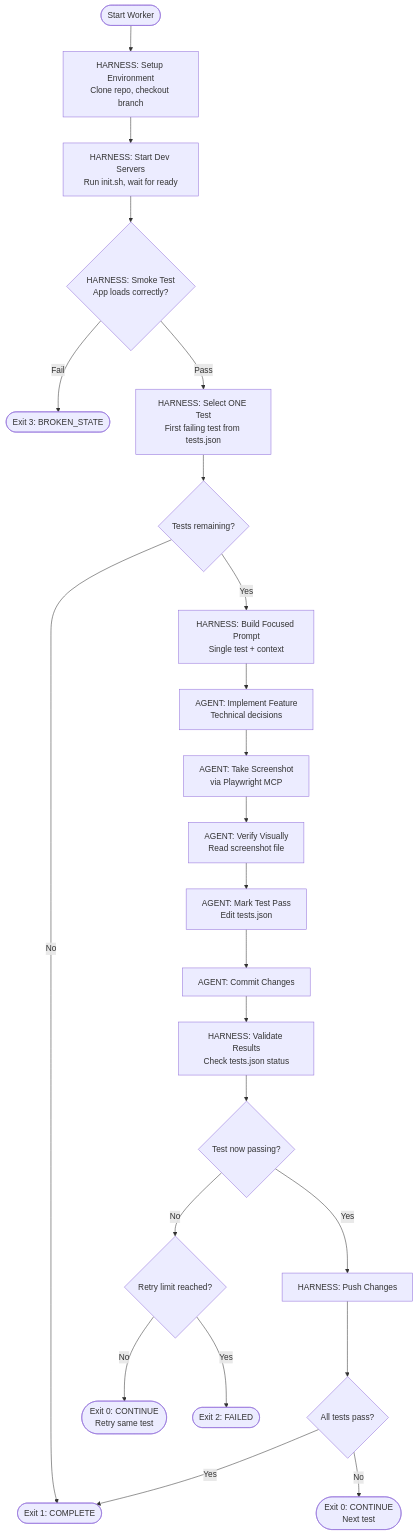
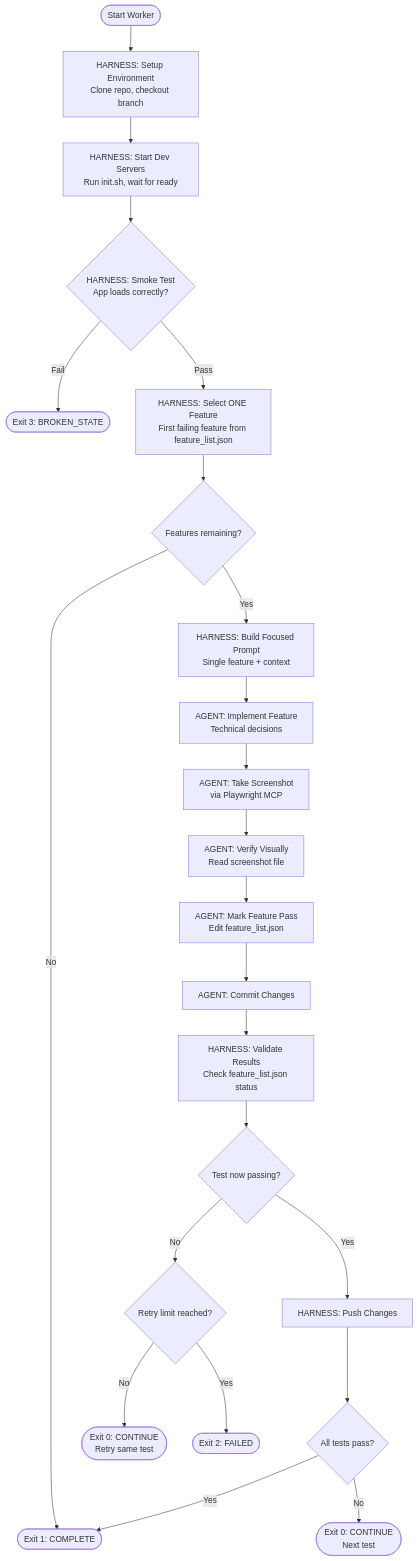
The eighth of 9 diagrams in README.md (jawhnycooke/riv2025-long-horizon-coding-agent-demo), drawn with Mermaid before and after one commit. The commit also changed other lines of this file and 7 other files, not shown here.

First line of the commit message:
fix: Address code review issues for feature_list.json migration

````diff
--- a/README.md
+++ b/README.md
@@ -362,31 +362,31 @@
 ```mermaid
 flowchart TD
     Start([Start Worker]) --> Setup["HARNESS: Setup Environment<br/>Clone repo, checkout branch"]
     Setup --> Servers["HARNESS: Start Dev Servers<br/>Run init.sh, wait for ready"]
     Servers --> Smoke{"HARNESS: Smoke Test<br/>App loads correctly?"}
 
     Smoke -->|Fail| BrokenState([Exit 3: BROKEN_STATE])
-    Smoke -->|Pass| SelectTest["HARNESS: Select ONE Test<br/>First failing test from tests.json"]
+    Smoke -->|Pass| SelectTest["HARNESS: Select ONE Feature<br/>First failing feature from feature_list.json"]
 
-    SelectTest --> AnyFailing{"Tests remaining?"}
+    SelectTest --> AnyFailing{"Features remaining?"}
     AnyFailing -->|No| Complete([Exit 1: COMPLETE])
-    AnyFailing -->|Yes| BuildPrompt["HARNESS: Build Focused Prompt<br/>Single test + context"]
+    AnyFailing -->|Yes| BuildPrompt["HARNESS: Build Focused Prompt<br/>Single feature + context"]
 
     BuildPrompt --> Agent["AGENT: Implement Feature<br/>Technical decisions"]
     Agent --> Screenshot["AGENT: Take Screenshot<br/>via Playwright MCP"]
     Screenshot --> Verify["AGENT: Verify Visually<br/>Read screenshot file"]
-    Verify --> MarkPass["AGENT: Mark Test Pass<br/>Edit tests.json"]
+    Verify --> MarkPass["AGENT: Mark Feature Pass<br/>Edit feature_list.json"]
     MarkPass --> Commit["AGENT: Commit Changes"]
 
-    Commit --> Validate["HARNESS: Validate Results<br/>Check tests.json status"]
+    Commit --> Validate["HARNESS: Validate Results<br/>Check feature_list.json status"]
     Validate --> TestPassed{"Test now passing?"}
 
     TestPassed -->|No| RetryCheck{"Retry limit reached?"}
     RetryCheck -->|No| Continue([Exit 0: CONTINUE<br/>Retry same test])
     RetryCheck -->|Yes| Failed([Exit 2: FAILED])
 
     TestPassed -->|Yes| Push["HARNESS: Push Changes"]
     Push --> AllPass{"All tests pass?"}
     AllPass -->|Yes| Complete
     AllPass -->|No| Continue2([Exit 0: CONTINUE<br/>Next test])
 ```
````
